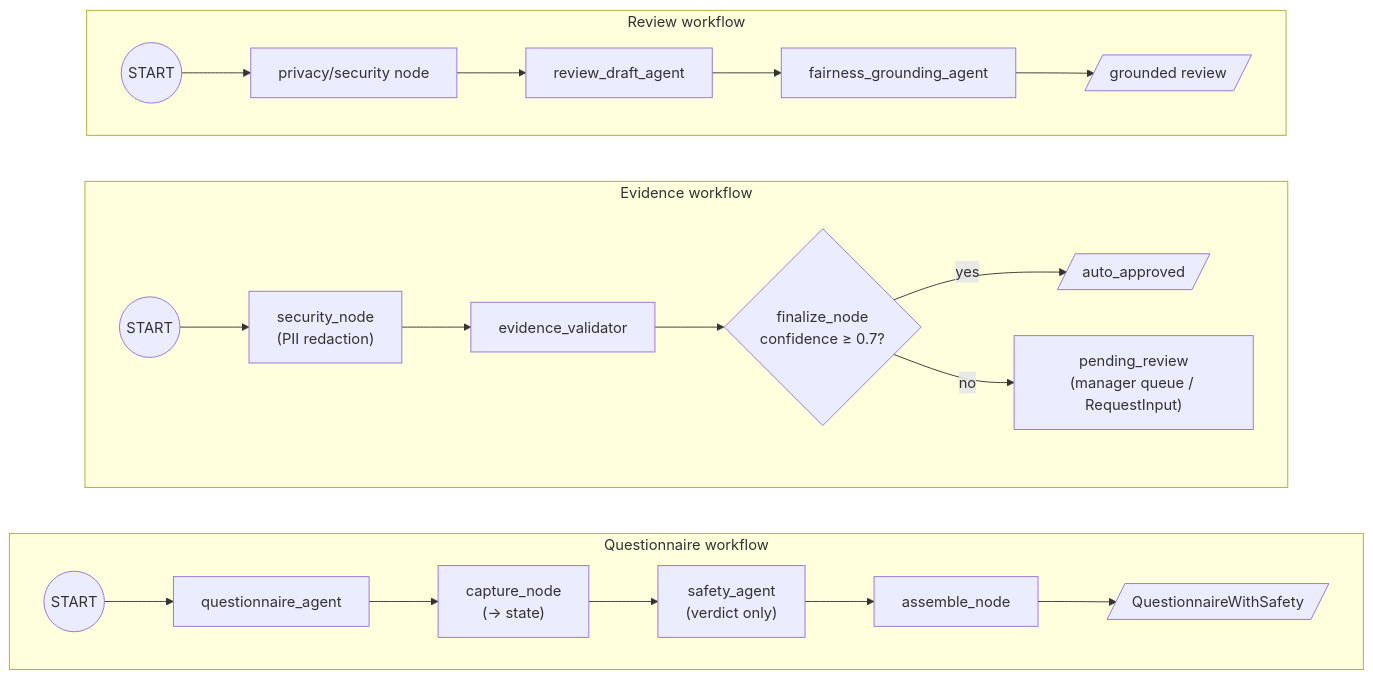
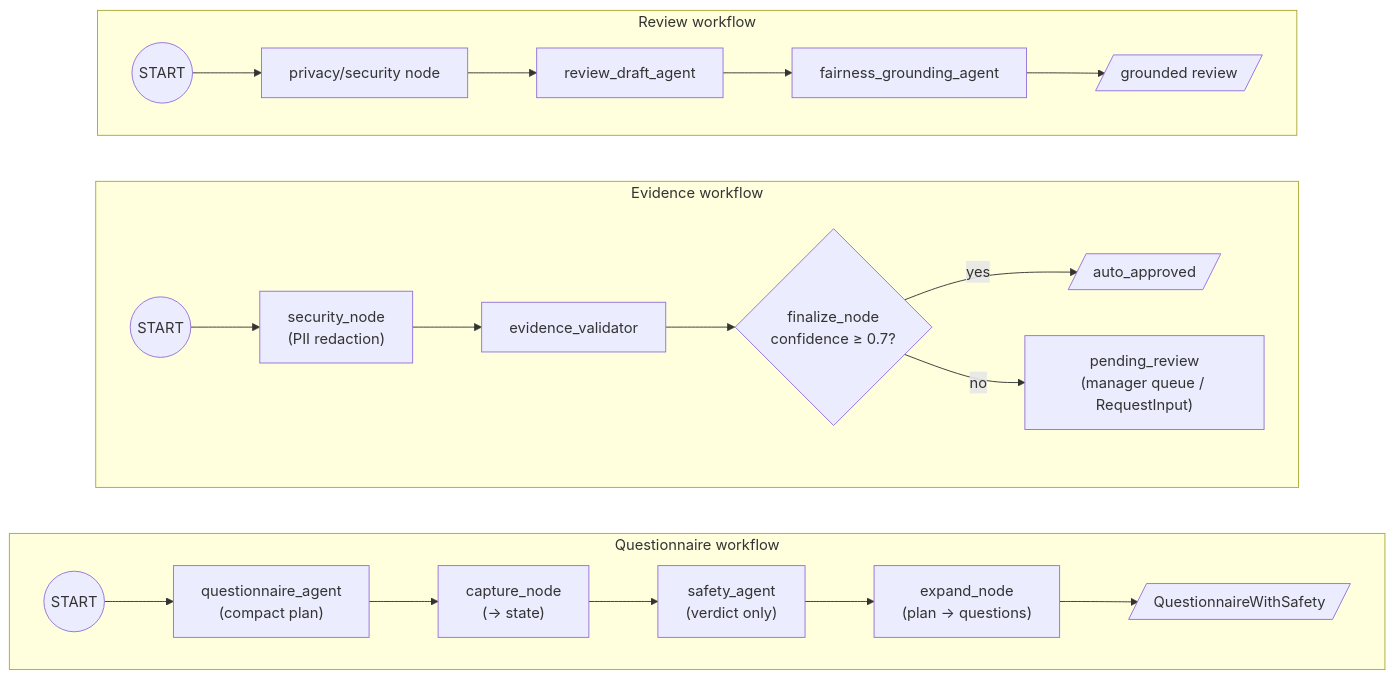
One commit to mkiselyow/ReviewOps-Agent changed the fourth of 6 diagrams in docs/ARCHITECTURE.md. Above: the diagram before and after it, drawn with Mermaid. The commit also changed other lines of this file and 3 other files, not shown here.

````diff
--- a/docs/ARCHITECTURE.md
+++ b/docs/ARCHITECTURE.md
@@ -129,20 +129,20 @@
 ```mermaid
 flowchart LR
   subgraph QW["Questionnaire workflow"]
     direction LR
-    S1((START)) --> QA[questionnaire_agent] --> CN["capture_node<br/>(→ state)"] --> SA["safety_agent<br/>(verdict only)"] --> AN["assemble_node"] --> QO[/QuestionnaireWithSafety/]
+    S1((START)) --> QA["questionnaire_agent<br/>(compact plan)"] --> CN["capture_node<br/>(→ state)"] --> SA["safety_agent<br/>(verdict only)"] --> AN["expand_node<br/>(plan → questions)"] --> QO[/QuestionnaireWithSafety/]
   end
 
   subgraph EW["Evidence workflow"]
     direction LR
     S2((START)) --> SN["security_node<br/>(PII redaction)"] --> EV[evidence_validator]
     EV --> FN{"finalize_node<br/>confidence ≥ 0.7?"}
     FN -- yes --> AS[/auto_approved/]
     FN -- no --> PR["pending_review<br/>(manager queue / RequestInput)"]
   end
 
   subgraph RW["Review workflow"]
     direction LR
     S3((START)) --> PF["privacy/security node"] --> RD[review_draft_agent] --> FG[fairness_grounding_agent] --> RO[/grounded review/]
   end
 ```
````
